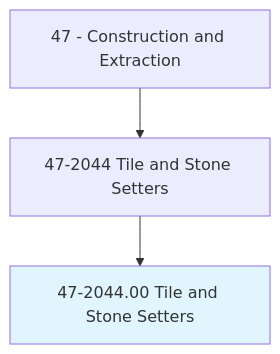
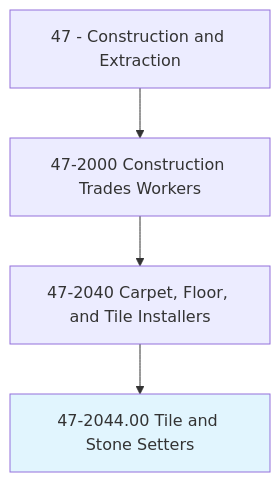
Before and after one commit to kziemski/business.org.ai: the first of 4 diagrams in occupations/Construction/TileAndStoneSetters.mdx, drawn with Mermaid. The commit also changed other lines of this file and 938 other files, not shown here.

````diff
--- a/occupations/Construction/TileAndStoneSetters.mdx
+++ b/occupations/Construction/TileAndStoneSetters.mdx
@@ -19,6 +23,7 @@
 ```mermaid
 graph TD
-    Cat47["47 - Construction and Extraction"] --> Group472044["47-2044 Tile and Stone Setters"]
-    Group472044 --> Current["47-2044.00 Tile and Stone Setters"]
+    Cat47["47 - Construction and Extraction"] --> Group472["47-2000 Construction Trades Workers"]
+    Group472 --> Group4720["47-2040 Carpet, Floor, and Tile Installers"]
+    Group4720 --> Current["47-2044.00 Tile and Stone Setters"]
     style Current fill:#e1f5fe
 ```
````
